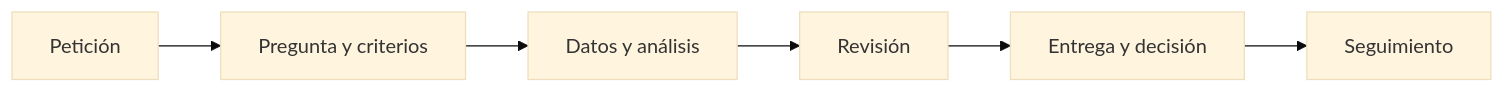
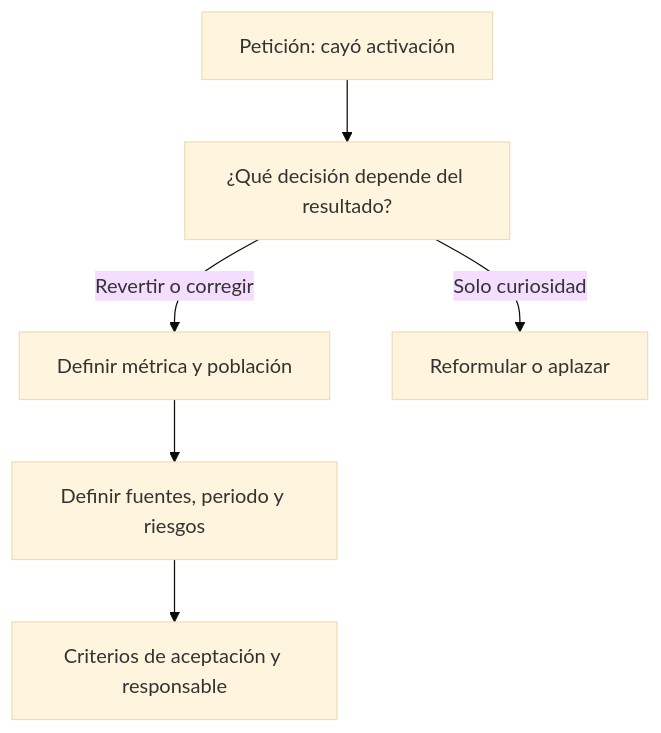
Before and after one commit to Ayhur/CursoAnalista: the diagram in curso/13-herramientas-y-reproducibilidad/lecciones/01-ticket-analitico.md, drawn with Mermaid (base theme). The commit also changed other lines of this file and 13 other files, not shown here.

````diff
--- a/curso/13-herramientas-y-reproducibilidad/lecciones/01-ticket-analitico.md
+++ b/curso/13-herramientas-y-reproducibilidad/lecciones/01-ticket-analitico.md
@@ -9,8 +13,8 @@
 ```mermaid
-flowchart LR
- A[Petición] --> B[Pregunta y criterios]
- B --> C[Datos y análisis]
- C --> D[Revisión]
- D --> E[Entrega y decisión]
- E --> F[Seguimiento]
+flowchart TD
+ A[Petición: cayó activación] --> B[¿Qué decisión depende del resultado?]
+ B -->|Revertir o corregir| C[Definir métrica y población]
+ B -->|Solo curiosidad| D[Reformular o aplazar]
+ C --> E[Definir fuentes, periodo y riesgos]
+ E --> F[Criterios de aceptación y responsable]
 ```
````
